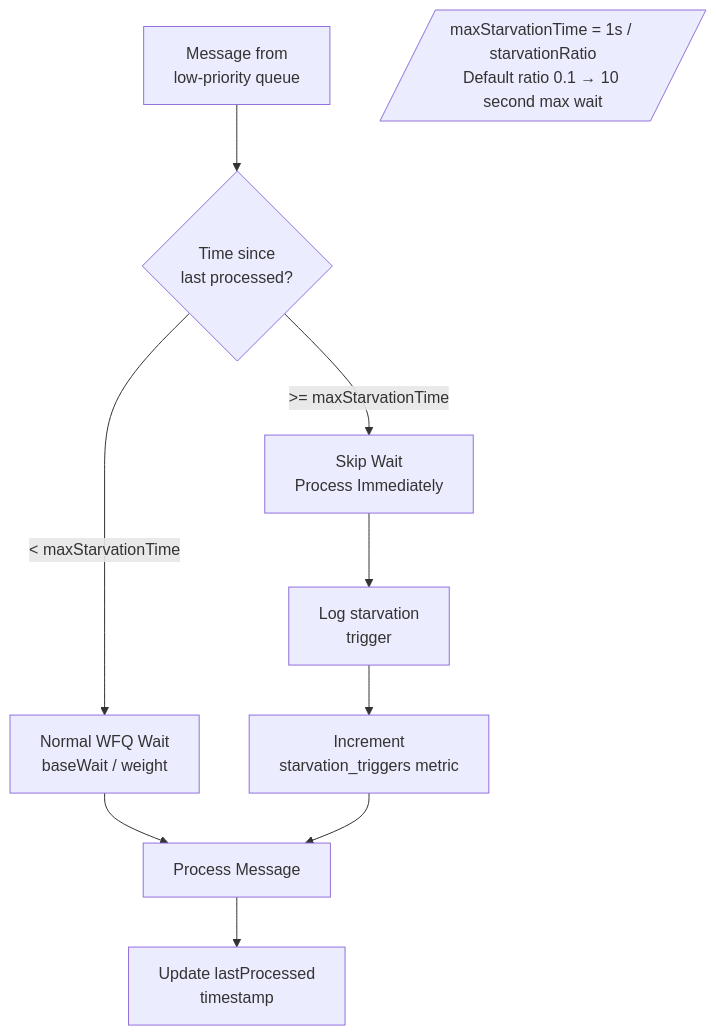
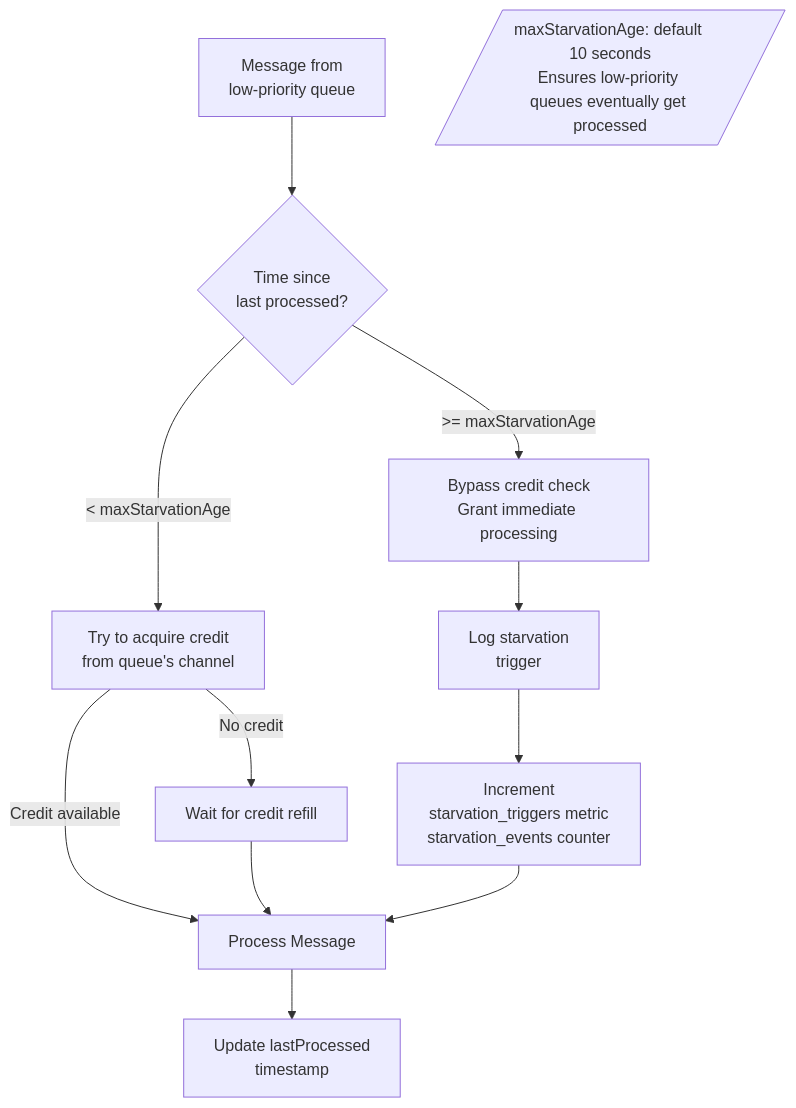
Before and after one commit to ElMonstro/sms-mno-gateway: the seventh of 18 diagrams in docs/architecture.md, drawn with Mermaid. The commit also changed other lines of this file and 3 other files, not shown here.

````diff
--- a/docs/architecture.md
+++ b/docs/architecture.md
@@ -557,16 +595,19 @@
 ```mermaid
 flowchart TD
     START[Message from<br/>low-priority queue] --> CHECK_TIME{Time since<br/>last processed?}
 
-    CHECK_TIME -->|< maxStarvationTime| NORMAL_WAIT[Normal WFQ Wait<br/>baseWait / weight]
-    CHECK_TIME -->|>= maxStarvationTime| SKIP_WAIT[Skip Wait<br/>Process Immediately]
+    CHECK_TIME -->|< maxStarvationAge| NORMAL_CREDIT[Try to acquire credit<br/>from queue's channel]
+    CHECK_TIME -->|>= maxStarvationAge| BYPASS_CREDIT[Bypass credit check<br/>Grant immediate processing]
 
-    NORMAL_WAIT --> PROCESS[Process Message]
-    SKIP_WAIT --> LOG[Log starvation<br/>trigger]
-    LOG --> METRIC[Increment<br/>starvation_triggers metric]
+    NORMAL_CREDIT -->|Credit available| PROCESS[Process Message]
+    NORMAL_CREDIT -->|No credit| WAIT[Wait for credit refill]
+    WAIT --> PROCESS
+
+    BYPASS_CREDIT --> LOG[Log starvation<br/>trigger]
+    LOG --> METRIC[Increment<br/>starvation_triggers metric<br/>starvation_events counter]
     METRIC --> PROCESS
 
     PROCESS --> UPDATE[Update lastProcessed<br/>timestamp]
 
-    NOTE1[/"maxStarvationTime = 1s / starvationRatio<br/>Default ratio 0.1 → 10 second max wait"/]
+    NOTE1[/"maxStarvationAge: default 10 seconds<br/>Ensures low-priority queues eventually get processed"/]
 ```
````
